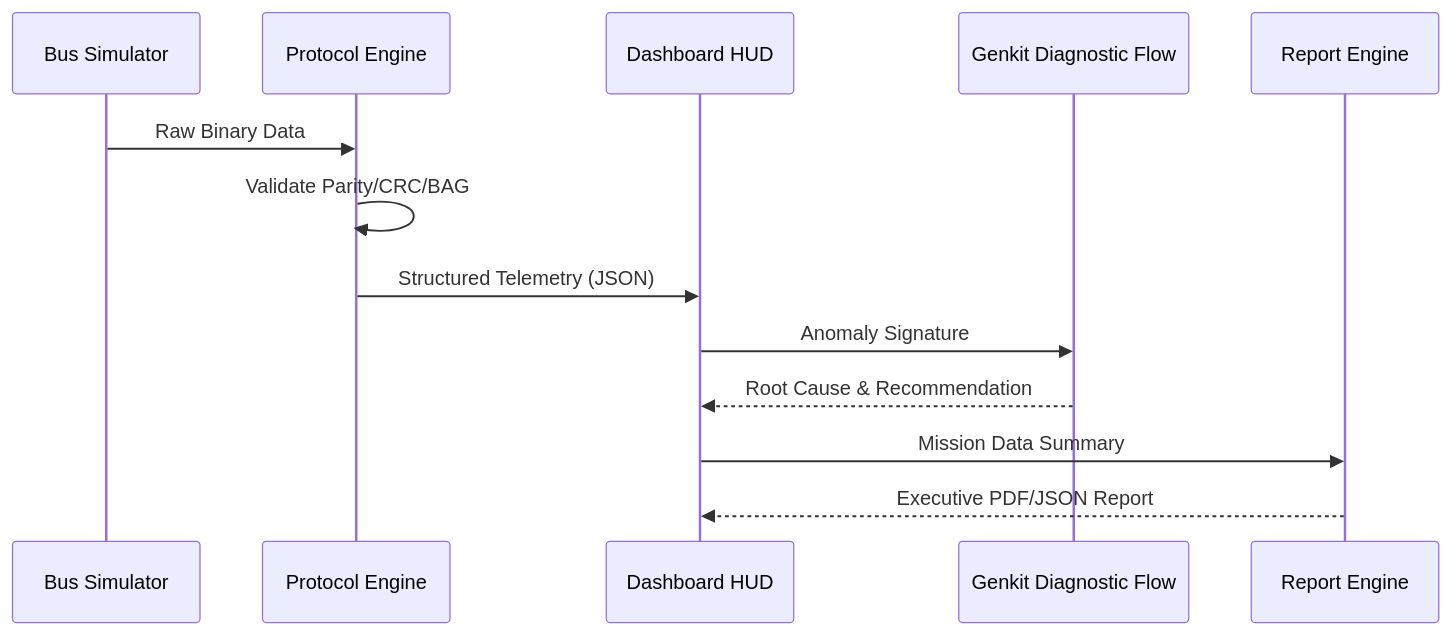
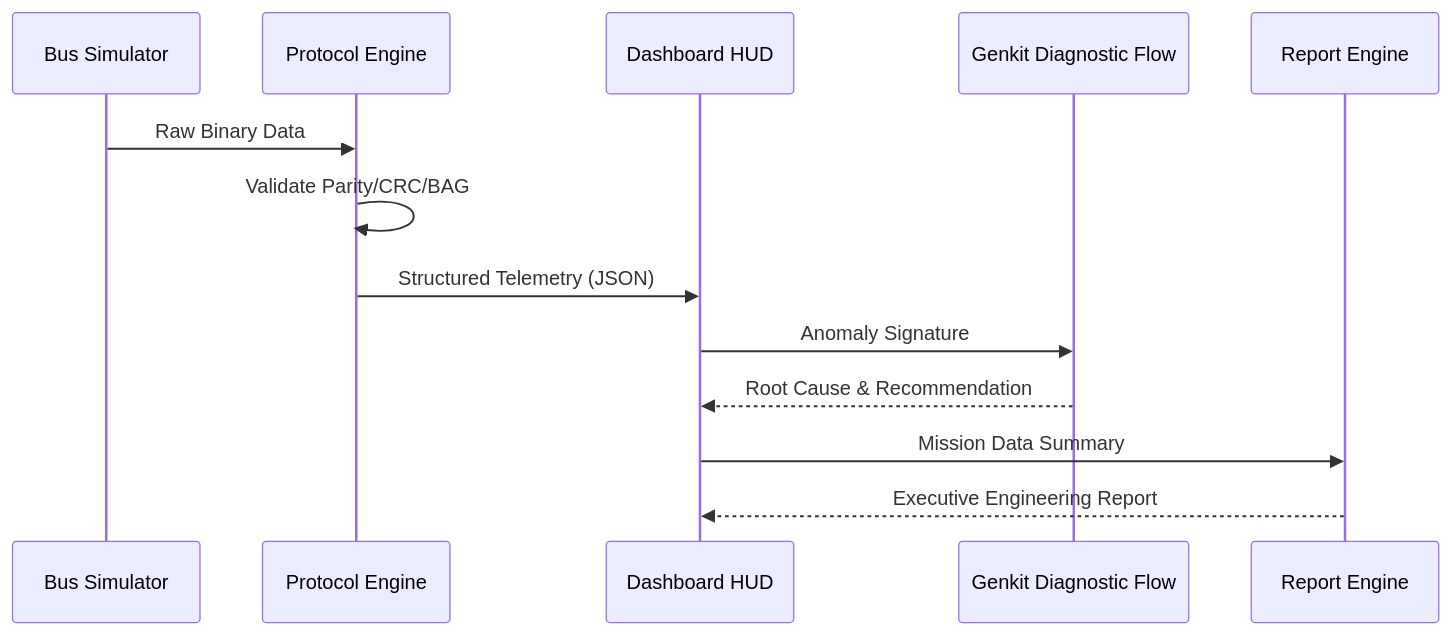
Before and after one commit to samarthbellundagi07/AeroStream-DX-ARINC-429-AFDX-Digital-Twin-Predictive-Maintenance-Platform: the diagram in docs/ARCHITECTURE.md, drawn with Mermaid. The commit also changed other lines of this file and 3 other files, not shown here.

````diff
--- a/docs/ARCHITECTURE.md
+++ b/docs/ARCHITECTURE.md
@@ -7,16 +7,16 @@
 ```mermaid
 sequenceDiagram
     participant Sim as Bus Simulator
     participant Eng as Protocol Engine
     participant UI as Dashboard HUD
     participant AI as Genkit Diagnostic Flow
     participant Rep as Report Engine
 
     Sim->>Eng: Raw Binary Data
     Eng->>Eng: Validate Parity/CRC/BAG
     Eng->>UI: Structured Telemetry (JSON)
     UI->>AI: Anomaly Signature
     AI-->>UI: Root Cause & Recommendation
     UI->>Rep: Mission Data Summary
-    Rep-->>UI: Executive PDF/JSON Report
+    Rep-->>UI: Executive Engineering Report
 ```
````
